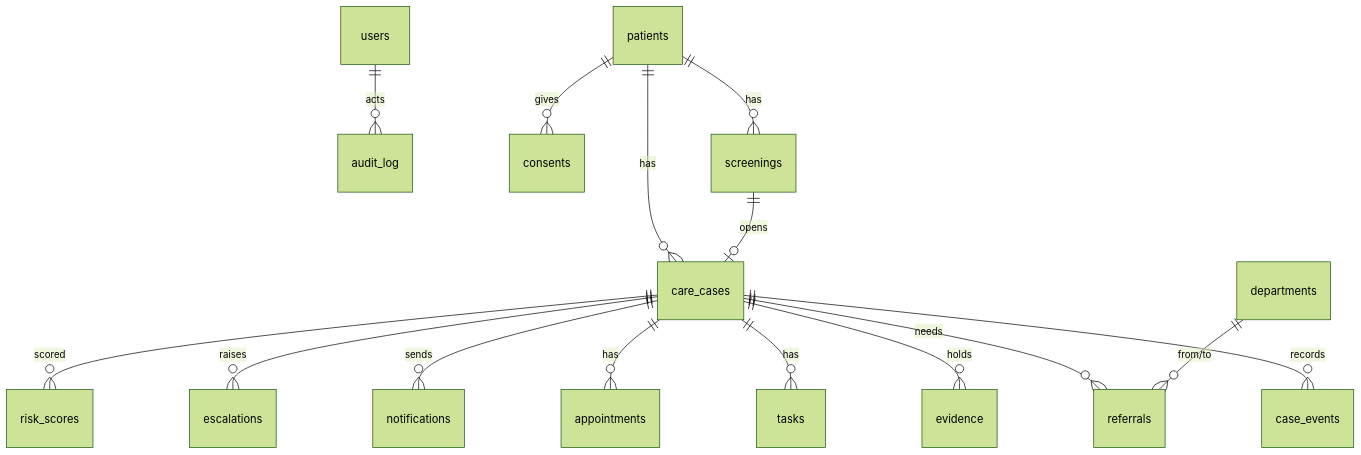
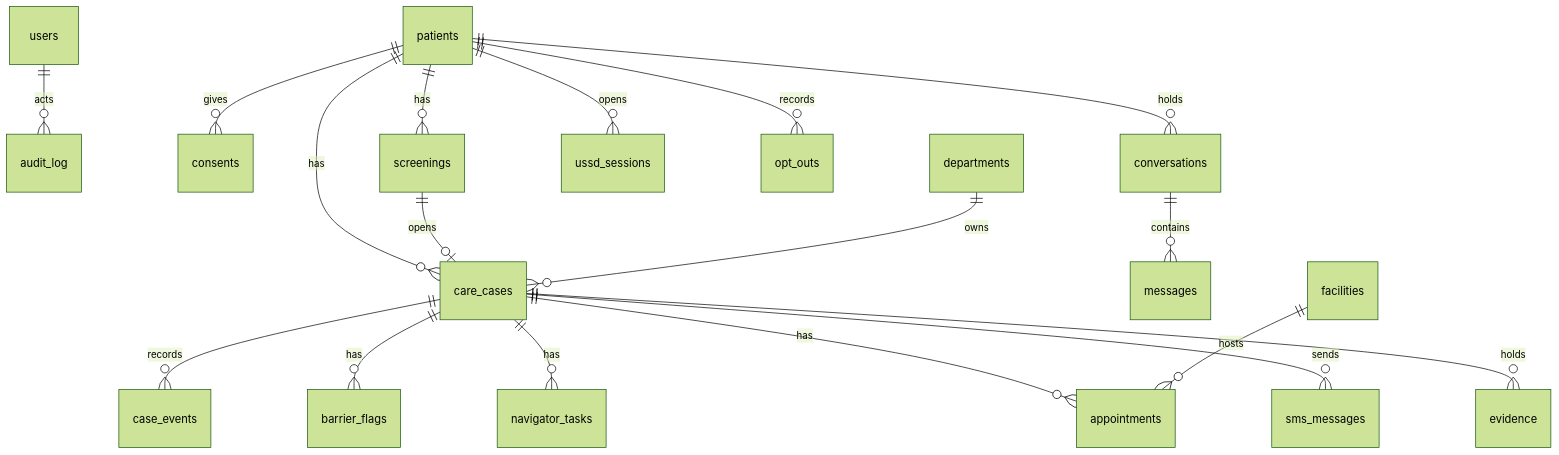
The diagram in docs/DATABASE_DESIGN.md (Maureen13-d/CareLoop), drawn with Mermaid (forest theme) before and after one commit. The commit also changed other lines of this file and 27 other files, not shown here.

````diff
--- a/docs/DATABASE_DESIGN.md
+++ b/docs/DATABASE_DESIGN.md
@@ -16,17 +19,20 @@
 ```mermaid
 erDiagram
   users ||--o{ audit_log : acts
   patients ||--o{ consents : gives
   patients ||--o{ screenings : has
   patients ||--o{ care_cases : has
+  patients ||--o{ conversations : holds
+  patients ||--o{ ussd_sessions : opens
+  patients ||--o{ opt_outs : records
   screenings ||--o| care_cases : opens
   care_cases ||--o{ case_events : records
+  care_cases ||--o{ barrier_flags : has
+  care_cases ||--o{ navigator_tasks : has
+  care_cases ||--o{ appointments : has
+  care_cases ||--o{ sms_messages : sends
   care_cases ||--o{ evidence : holds
-  care_cases ||--o{ referrals : needs
-  care_cases ||--o{ tasks : has
-  care_cases ||--o{ appointments : has
-  care_cases ||--o{ notifications : sends
-  care_cases ||--o{ escalations : raises
-  care_cases ||--o{ risk_scores : scored
-  departments ||--o{ referrals : "from/to"
+  conversations ||--o{ messages : contains
+  facilities ||--o{ appointments : hosts
+  departments ||--o{ care_cases : owns
 ```
````
